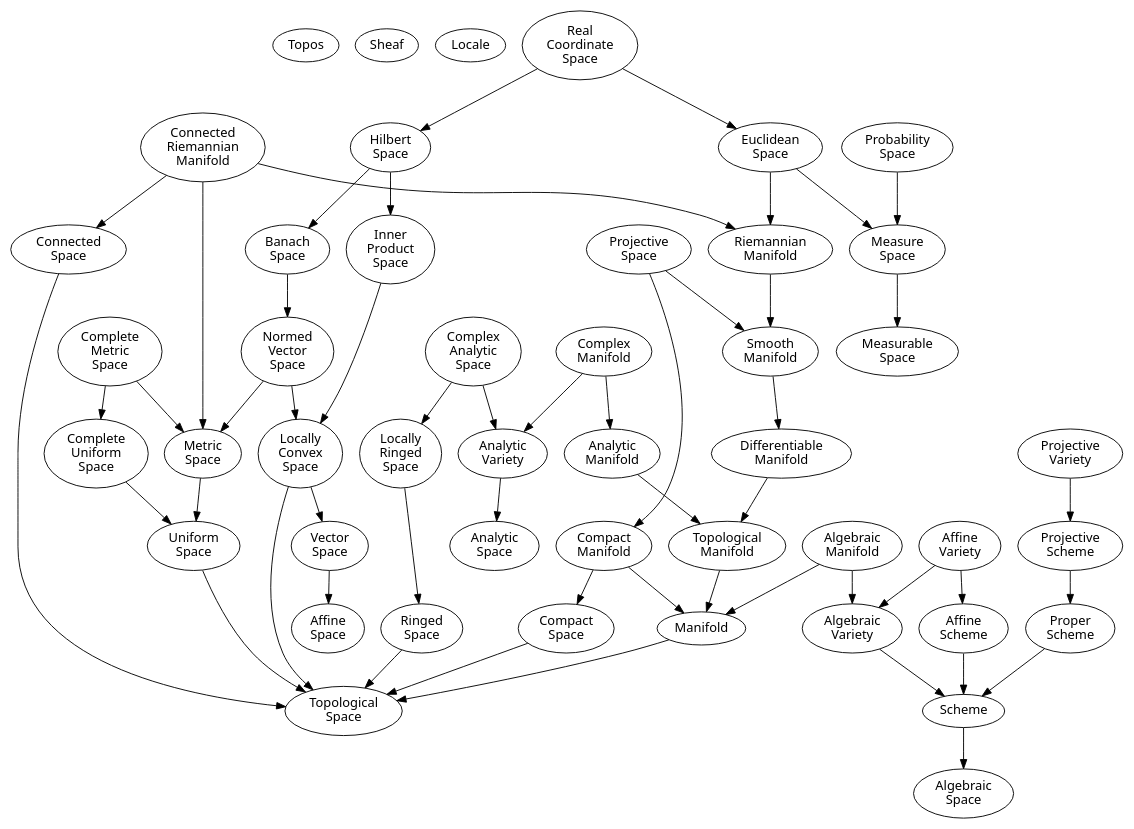
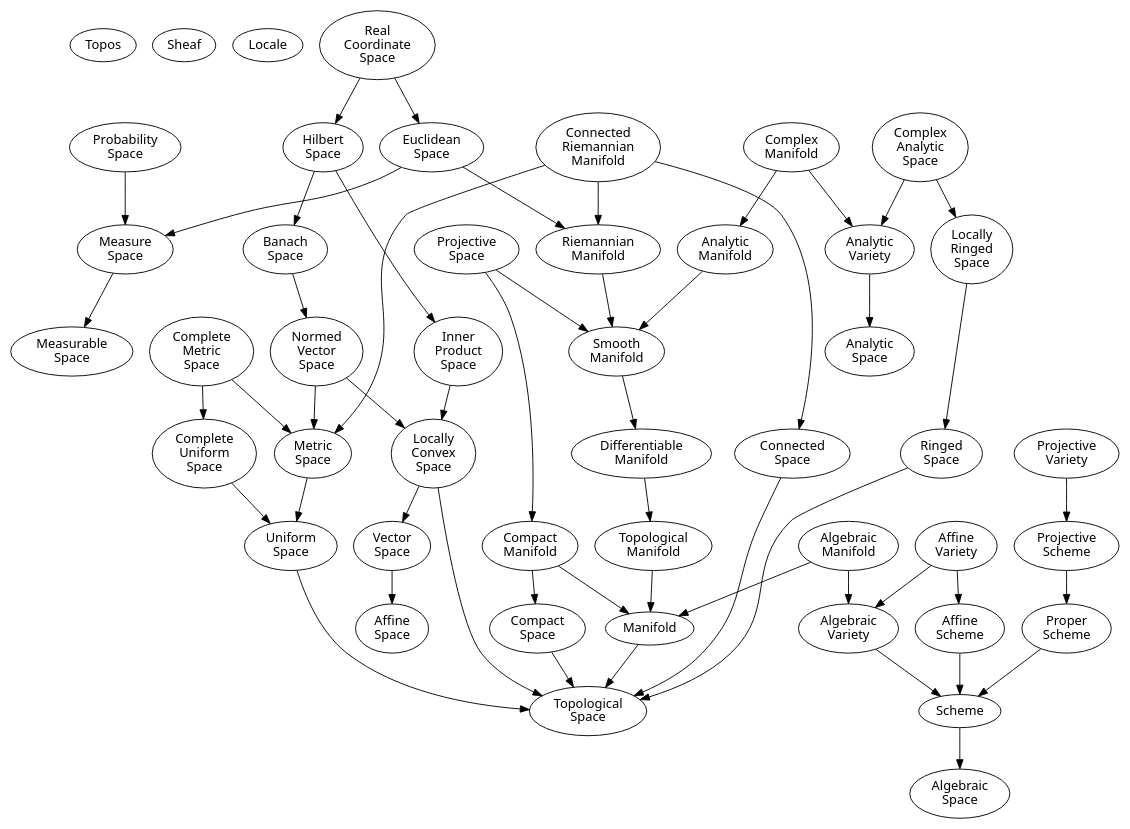
One commit to spearman/formal-logic changed the diagram in spaces.dot. Above: the diagram before and after it, drawn with Graphviz. The commit also changed 17 other files, not shown here.

```diff
--- a/spaces.dot
+++ b/spaces.dot
@@ -1,115 +1,115 @@
 digraph spaces {
   node [ fontname = "sans" ];
 
   "Topos";
 
   "Sheaf";
 
   "Locale";
 
   "Real\nCoordinate\nSpace";
 
   "Euclidean\nSpace";
 
   "Projective\nSpace";
 
   "Measure\nSpace";
   "Measurable\nSpace";
 
   "Complex\nManifold";
   "Analytic\nManifold";
   "Algebraic\nManifold";
   "Compact\nManifold";
   "Riemannian\nManifold";
   "Connected\nRiemannian\nManifold";
   "Smooth\nManifold";
   "Differentiable\nManifold";
   "Topological\nManifold";
   "Manifold";
   "Compact\nSpace";
   "Connected\nSpace";
   "Complete\nMetric\nSpace";
   "Complete\nUniform\nSpace";
   "Metric\nSpace";
   "Uniform\nSpace";
   "Topological\nSpace";
 
   "Hilbert\nSpace";
   "Banach\nSpace";
   "Normed\nVector\nSpace";
   "Inner\nProduct\nSpace";
   "Locally\nConvex\nSpace";
   "Vector\nSpace";
   "Affine\nSpace";
 
   "Projective\nVariety";
   "Affine\nVariety";
   "Algebraic\nVariety";
   "Analytic\nVariety";
   "Analytic\nSpace";
   "Affine\nScheme";
   "Scheme";
   "Algebraic\nSpace";
 
   "Complex\nAnalytic\nSpace";
   "Locally\nRinged\nSpace";
   "Analytic\nSpace";
 
   "Real\nCoordinate\nSpace" -> "Hilbert\nSpace"
   "Real\nCoordinate\nSpace" -> "Euclidean\nSpace"
   "Euclidean\nSpace" -> "Measure\nSpace"
   "Probability\nSpace" -> "Measure\nSpace"
   "Measure\nSpace" -> "Measurable\nSpace"
 
   "Hilbert\nSpace" -> "Banach\nSpace"
   "Hilbert\nSpace" -> "Inner\nProduct\nSpace"
   "Normed\nVector\nSpace" -> "Locally\nConvex\nSpace"
   "Inner\nProduct\nSpace" -> "Locally\nConvex\nSpace"
   "Locally\nConvex\nSpace" -> "Topological\nSpace"
   "Locally\nConvex\nSpace" -> "Vector\nSpace"
   "Vector\nSpace" -> "Affine\nSpace"
 
   "Banach\nSpace" -> "Normed\nVector\nSpace"
   "Normed\nVector\nSpace" -> "Metric\nSpace"
   "Complete\nMetric\nSpace" -> "Metric\nSpace"
   "Complete\nMetric\nSpace" -> "Complete\nUniform\nSpace"
   "Complete\nUniform\nSpace" -> "Uniform\nSpace"
   "Metric\nSpace" -> "Uniform\nSpace"
   "Uniform\nSpace" -> "Topological\nSpace"
 
   "Projective\nSpace" -> "Compact\nManifold"
   "Projective\nSpace" -> "Smooth\nManifold"
   "Euclidean\nSpace" -> "Riemannian\nManifold"
   "Connected\nRiemannian\nManifold" -> "Riemannian\nManifold"
   "Connected\nRiemannian\nManifold" -> "Connected\nSpace"
   "Connected\nRiemannian\nManifold" -> "Metric\nSpace"
   "Riemannian\nManifold" -> "Smooth\nManifold"
+  "Analytic\nManifold" -> "Smooth\nManifold"
   "Smooth\nManifold" -> "Differentiable\nManifold"
   "Differentiable\nManifold" -> "Topological\nManifold"
   "Complex\nManifold" -> "Analytic\nManifold"
-  "Analytic\nManifold" -> "Topological\nManifold"
   "Topological\nManifold" -> "Manifold"
   "Compact\nManifold" -> "Manifold"
   "Compact\nManifold" -> "Compact\nSpace"
   "Compact\nSpace" -> "Topological\nSpace"
   "Connected\nSpace" -> "Topological\nSpace"
   "Manifold" -> "Topological\nSpace"
 
   "Projective\nVariety" -> "Projective\nScheme"
   "Projective\nScheme" -> "Proper\nScheme"
   "Proper\nScheme" -> "Scheme"
   "Complex\nManifold" -> "Analytic\nVariety"
   "Complex\nAnalytic\nSpace" -> "Analytic\nVariety"
   "Complex\nAnalytic\nSpace" -> "Locally\nRinged\nSpace"
   "Locally\nRinged\nSpace" -> "Ringed\nSpace"
   "Ringed\nSpace" -> "Topological\nSpace"
   "Analytic\nVariety" -> "Analytic\nSpace"
   "Algebraic\nManifold" -> "Algebraic\nVariety"
   "Algebraic\nManifold" -> "Manifold"
   "Algebraic\nVariety" -> "Scheme"
   "Affine\nVariety" -> "Algebraic\nVariety"
   "Affine\nVariety" -> "Affine\nScheme"
   "Affine\nScheme" -> "Scheme"
   "Scheme" -> "Algebraic\nSpace"
 
 }
```
